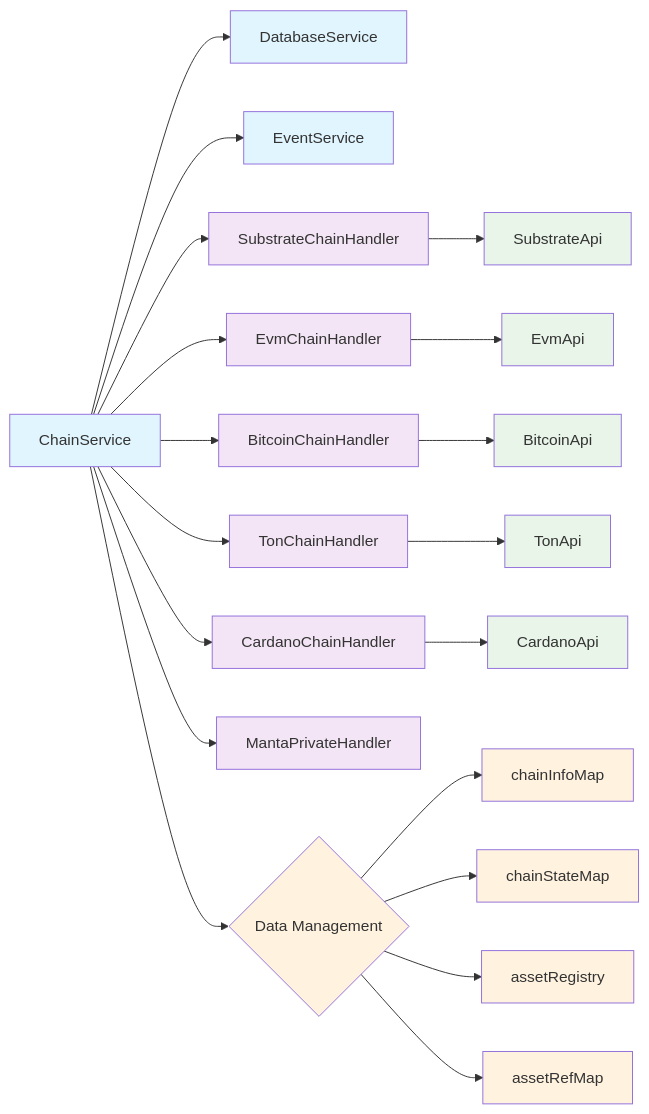
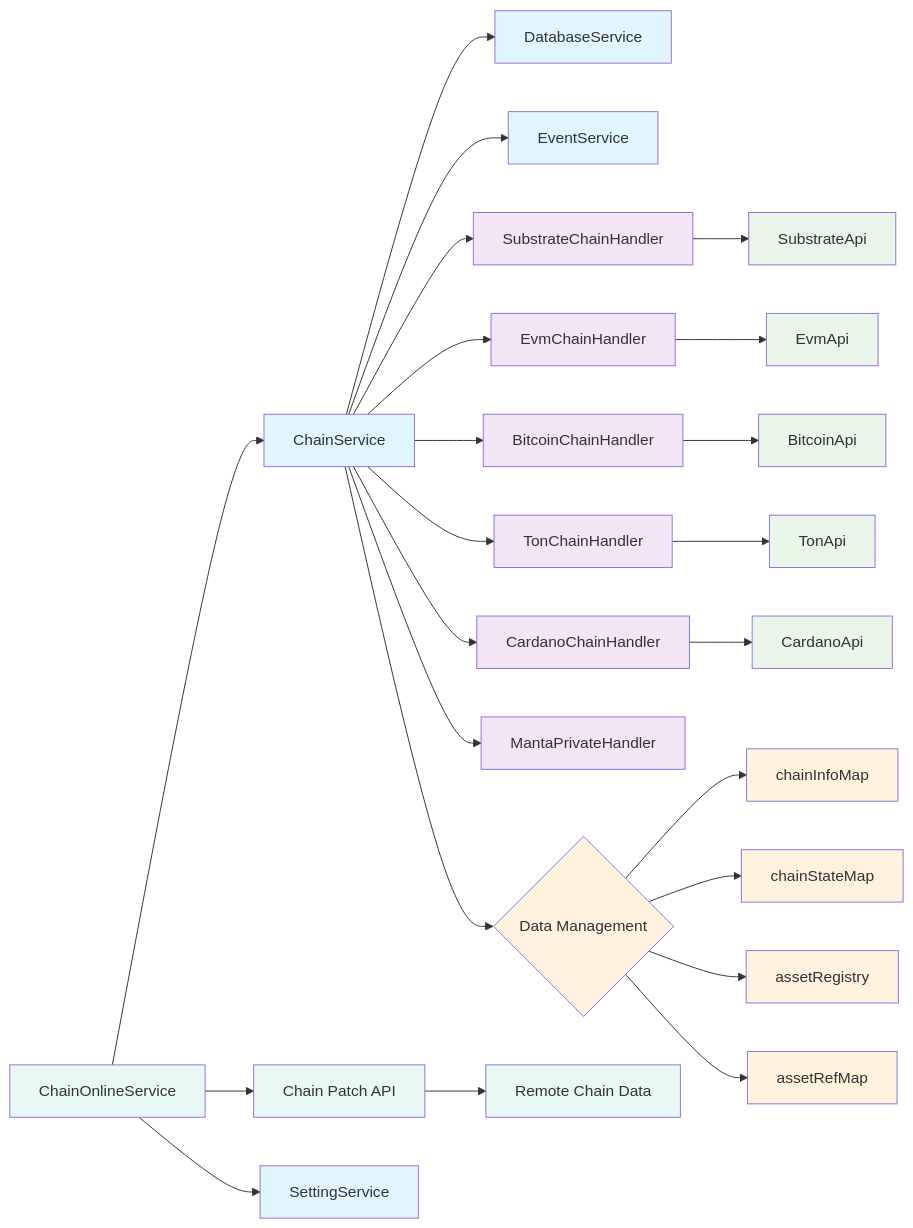
The first of 8 diagrams in packages/extension-base/src/services/chain-service/README.md (Koniverse/SubWallet-Extension), drawn with Mermaid before and after one commit. The commit also changed other lines of this file, not shown here.

Commit message:
[DOCS] Update docs cho chain-service

````diff
--- a/packages/extension-base/src/services/chain-service/README.md
+++ b/packages/extension-base/src/services/chain-service/README.md
@@ -16,33 +17,40 @@
 ```mermaid
 graph LR
     CS[ChainService] --> DBService[DatabaseService]
     CS --> EventService[EventService]
     CS --> SubstrateHandler[SubstrateChainHandler]
     CS --> EvmHandler[EvmChainHandler]
     CS --> BitcoinHandler[BitcoinChainHandler]
     CS --> TonHandler[TonChainHandler]
     CS --> CardanoHandler[CardanoChainHandler]
     CS --> MantaHandler[MantaPrivateHandler]
     
     SubstrateHandler --> SubstrateApi[SubstrateApi]
     EvmHandler --> EvmApi[EvmApi]
     BitcoinHandler --> BitcoinApi[BitcoinApi]
     TonHandler --> TonApi[TonApi]
     CardanoHandler --> CardanoApi[CardanoApi]
     
     CS --> DataMap{Data Management}
     DataMap --> ChainInfoMap[chainInfoMap]
     DataMap --> ChainStateMap[chainStateMap]
     DataMap --> AssetRegistry[assetRegistry]
     DataMap --> AssetRefMap[assetRefMap]
 
+    ChainOnlineService[ChainOnlineService] --> CS
+    ChainOnlineService --> PatchAPI[Chain Patch API]
+    ChainOnlineService --> SettingService[SettingService]
+    PatchAPI --> RemoteChainData[Remote Chain Data]
+
     classDef service fill:#e1f5fe
     classDef handler fill:#f3e5f5
     classDef api fill:#e8f5e8
     classDef data fill:#fff3e0
+    classDef online fill:#e8f9f5
     
-    class CS,DBService,EventService service
+    class CS,DBService,EventService,SettingService service
     class SubstrateHandler,EvmHandler,BitcoinHandler,TonHandler,CardanoHandler,MantaHandler handler
     class SubstrateApi,EvmApi,BitcoinApi,TonApi,CardanoApi api
     class DataMap,ChainInfoMap,ChainStateMap,AssetRegistry,AssetRefMap data
+    class ChainOnlineService,PatchAPI,RemoteChainData online
 ```
````
